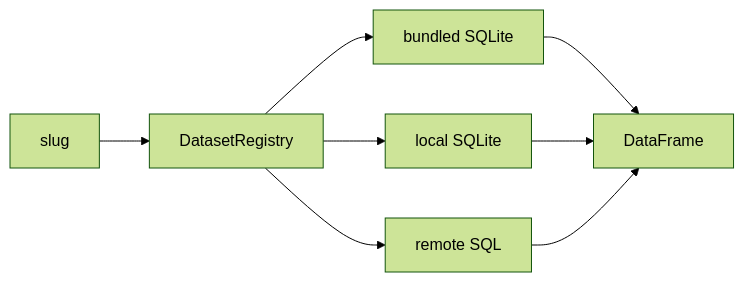
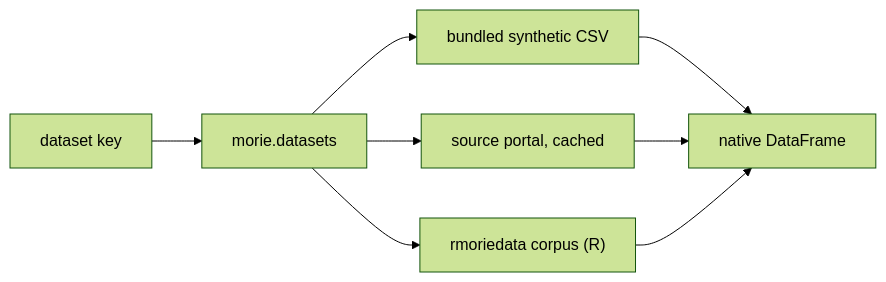
Before and after one commit to rootcoder007/morie: the third of 4 diagrams in docs/source/architecture.md, drawn with Mermaid (forest theme). The commit also changed other lines of this file and 21 other files, not shown here.

````diff
--- a/docs/source/architecture.md
+++ b/docs/source/architecture.md
@@ -49,10 +53,10 @@
 ```{mermaid}
 flowchart LR
-  S["slug"] --> REG["DatasetRegistry"]
-  REG --> B["bundled SQLite"]
-  REG --> L["local SQLite"]
-  REG --> RM["remote SQL"]
-  B --> DF["DataFrame"]
-  L --> DF
-  RM --> DF
+  S["dataset key"] --> REG["morie.datasets"]
+  REG --> B["bundled synthetic CSV"]
+  REG --> P["source portal, cached"]
+  REG --> RD["rmoriedata corpus (R)"]
+  B --> DF["native DataFrame"]
+  P --> DF
+  RD --> DF
 ```
````
